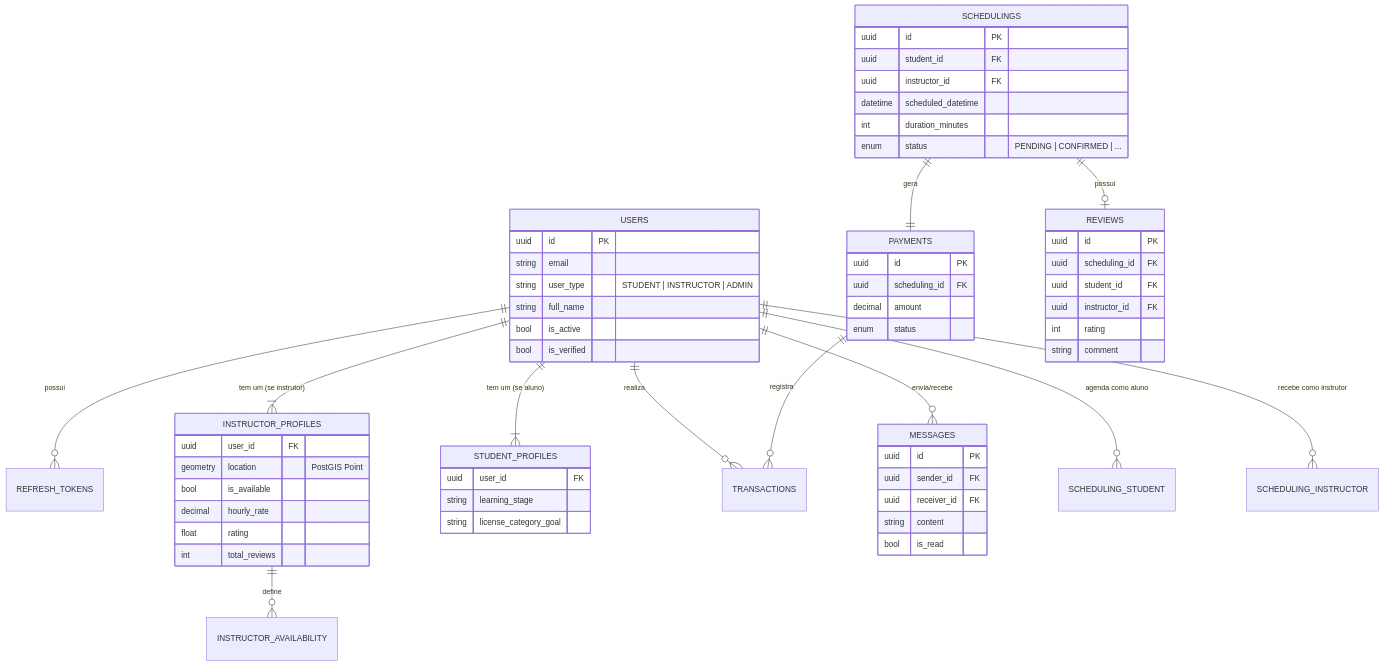
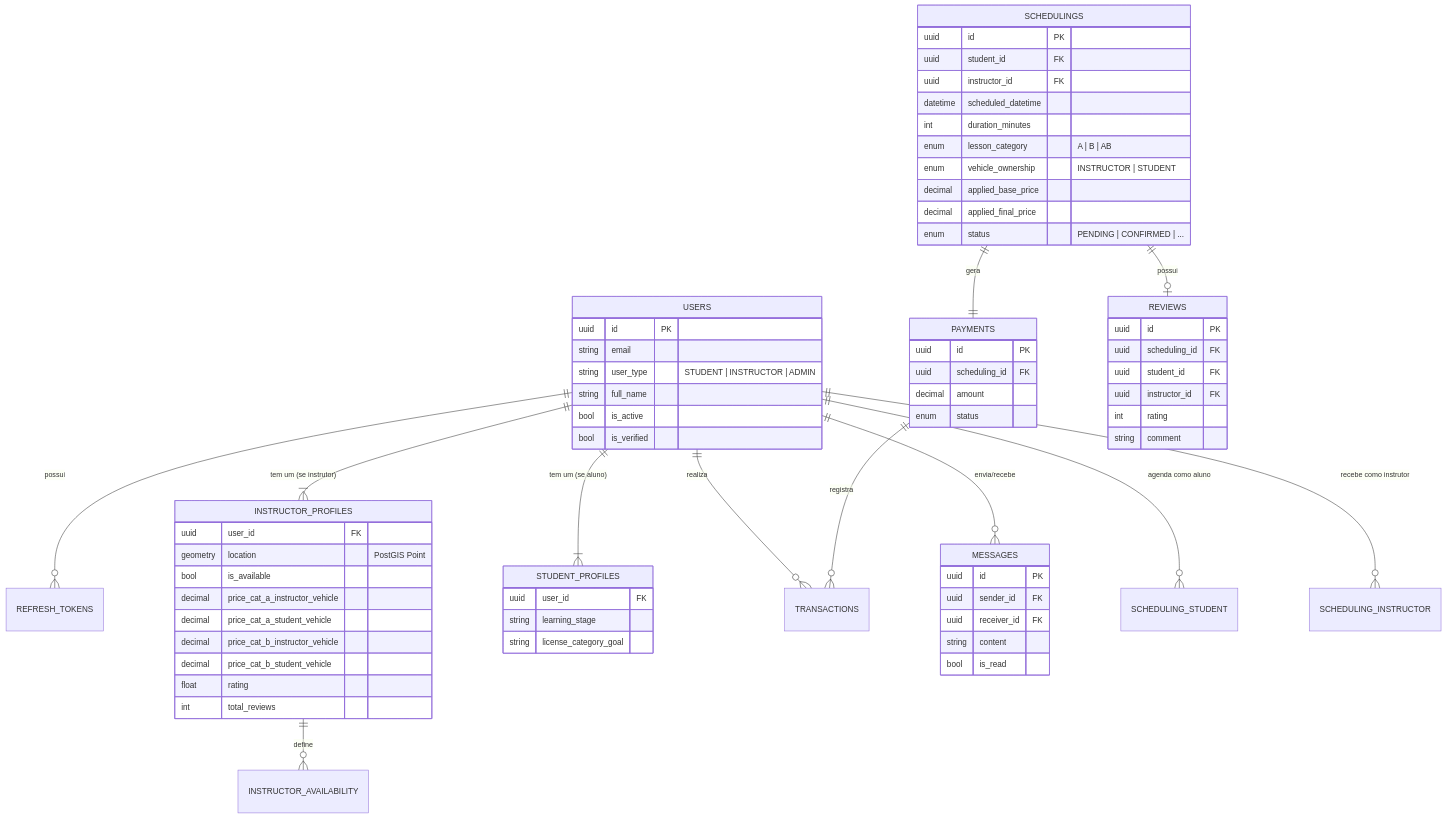
Before and after one commit to carloshfgit/udrive: the diagram in docs/architeture/DB_VISION.md, drawn with Mermaid. The commit also changed other lines of this file and 5 other files, not shown here.

````diff
--- a/docs/architeture/DB_VISION.md
+++ b/docs/architeture/DB_VISION.md
@@ -26,74 +26,81 @@
 ```mermaid
 erDiagram
     USERS ||--o{ REFRESH_TOKENS : "possui"
     USERS ||--|{ INSTRUCTOR_PROFILES : "tem um (se instrutor)"
     USERS ||--|{ STUDENT_PROFILES : "tem um (se aluno)"
     USERS ||--o{ TRANSACTIONS : "realiza"
     USERS ||--o{ MESSAGES : "envia/recebe"
 
     INSTRUCTOR_PROFILES ||--o{ INSTRUCTOR_AVAILABILITY : "define"
 
     USERS ||--o{ SCHEDULING_STUDENT : "agenda como aluno"
     USERS ||--o{ SCHEDULING_INSTRUCTOR : "recebe como instrutor"
 
     SCHEDULINGS ||--|| PAYMENTS : "gera"
     SCHEDULINGS ||--o| REVIEWS : "possui"
     PAYMENTS ||--o{ TRANSACTIONS : "registra"
 
     USERS {
         uuid id PK
         string email
         string user_type "STUDENT | INSTRUCTOR | ADMIN"
         string full_name
         bool is_active
         bool is_verified
     }
 
     INSTRUCTOR_PROFILES {
         uuid user_id FK
         geometry location "PostGIS Point"
         bool is_available
-        decimal hourly_rate
+        decimal price_cat_a_instructor_vehicle
+        decimal price_cat_a_student_vehicle
+        decimal price_cat_b_instructor_vehicle
+        decimal price_cat_b_student_vehicle
         float rating
         int total_reviews
     }
 
     STUDENT_PROFILES {
         uuid user_id FK
         string learning_stage
         string license_category_goal
     }
 
     SCHEDULINGS {
         uuid id PK
         uuid student_id FK
         uuid instructor_id FK
         datetime scheduled_datetime
         int duration_minutes
+        enum lesson_category "A | B | AB"
+        enum vehicle_ownership "INSTRUCTOR | STUDENT"
+        decimal applied_base_price
+        decimal applied_final_price
         enum status "PENDING | CONFIRMED | ..."
     }
 
     PAYMENTS {
         uuid id PK
         uuid scheduling_id FK
         decimal amount
         enum status
     }
 
     MESSAGES {
         uuid id PK
         uuid sender_id FK
         uuid receiver_id FK
         string content
         bool is_read
     }
 
     REVIEWS {
         uuid id PK
         uuid scheduling_id FK
         uuid student_id FK
         uuid instructor_id FK
         int rating
         string comment
     }
 ```
````
